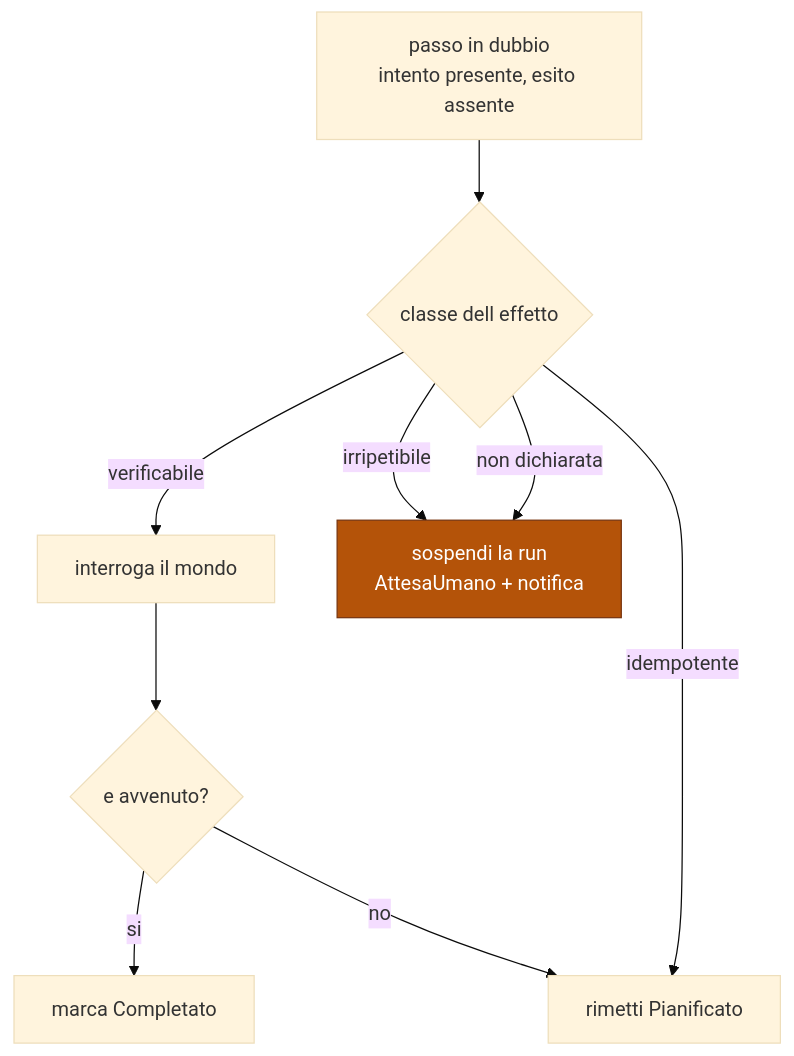
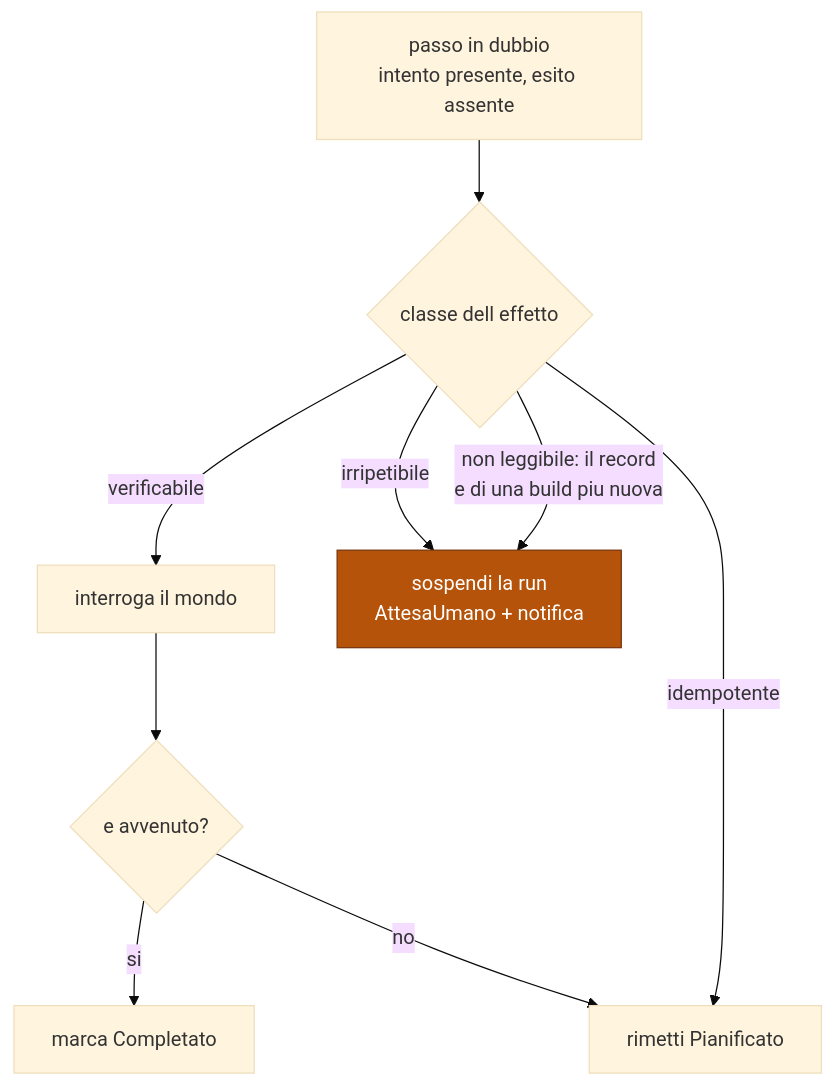
The third of 3 diagrams in docs/design/03-run-durevoli.md (devfrx/daemon), drawn with Mermaid (base theme) before and after one commit. The commit also changed other lines of this file and 2 other files, not shown here.

````diff
--- a/docs/design/03-run-durevoli.md
+++ b/docs/design/03-run-durevoli.md
@@ -69,16 +94,16 @@
 ```mermaid
 flowchart TD
     A["passo in dubbio<br/>intento presente, esito assente"] --> B{"classe dell effetto"}
 
     B -->|verificabile| C["interroga il mondo"]
     C --> D{"e avvenuto?"}
     D -->|si| E["marca Completato"]
     D -->|no| F["rimetti Pianificato"]
 
     B -->|idempotente| F
     B -->|irripetibile| G["sospendi la run<br/>AttesaUmano + notifica"]
-    B -->|"non dichiarata"| G
+    B -->|"non leggibile: il record<br/>e di una build piu nuova"| G
 
     classDef safe fill:#b45309,stroke:#78350f,color:#fff
     class G safe
 ```
````
